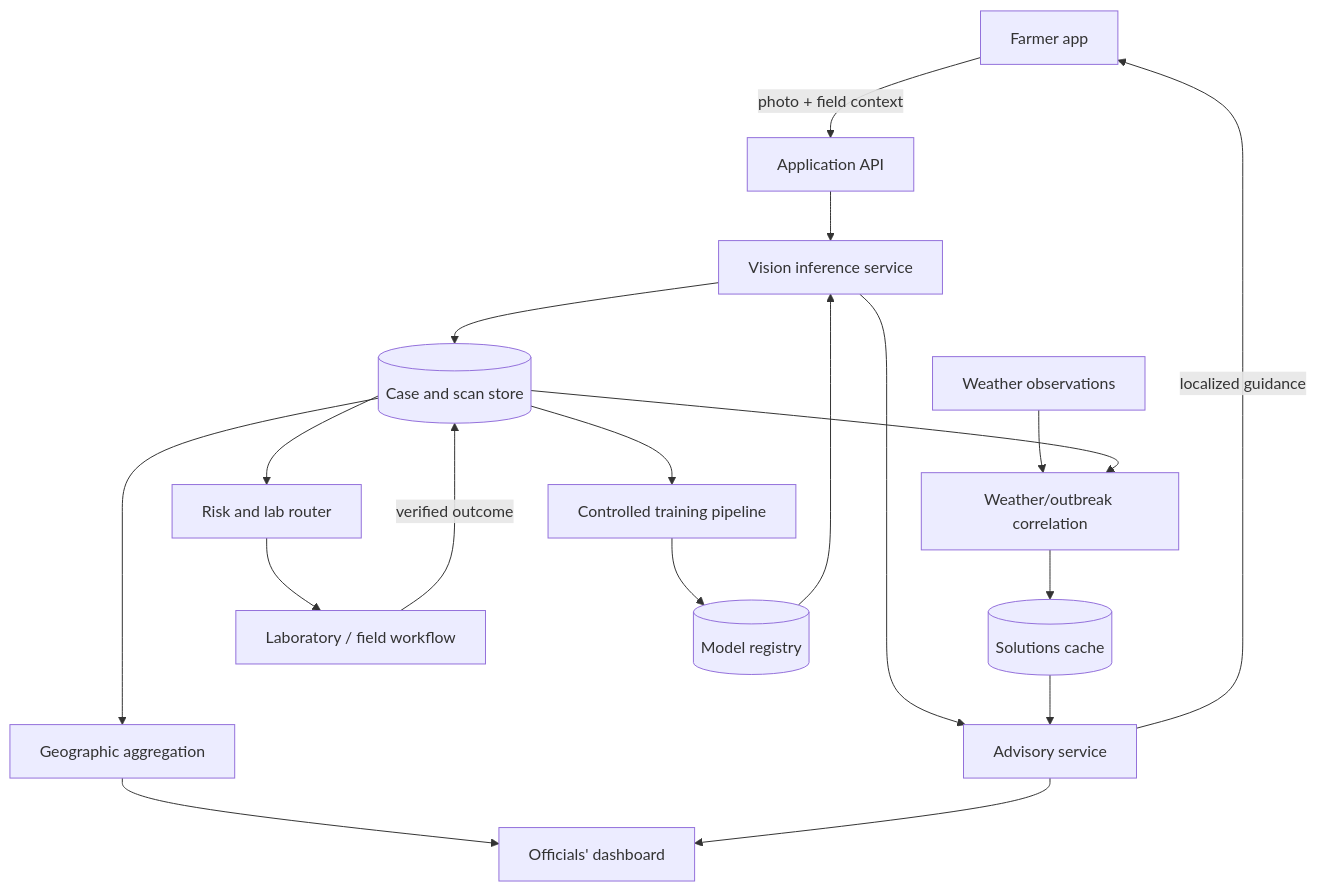
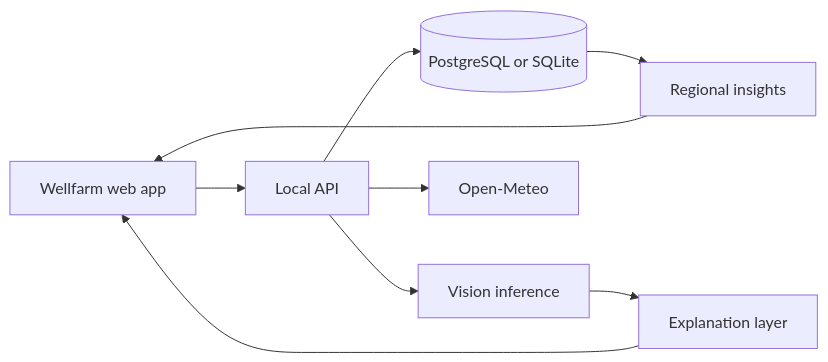
The diagram in docs/architecture.md (LordCrateis/Wellfarm), drawn with Mermaid before and after one commit. The commit also changed other lines of this file and 285 other files, not shown here.

````diff
--- a/docs/architecture.md
+++ b/docs/architecture.md
@@ -5,21 +5,11 @@
 ```mermaid
-flowchart TD
-    Farmer[Farmer app] -->|photo + field context| API[Application API]
-    API --> CV[Vision inference service]
-    CV --> Case[(Case and scan store)]
-    CV --> Advice[Advisory service]
-    Weather[Weather observations] --> Correlation[Weather/outbreak correlation]
-    Case --> Correlation
-    Correlation --> Cache[(Solutions cache)]
-    Cache --> Advice
-    Advice -->|localized guidance| Farmer
-    Case --> Aggregate[Geographic aggregation]
-    Aggregate --> Dashboard[Officials' dashboard]
-    Advice --> Dashboard
-    Case --> Router[Risk and lab router]
-    Router --> Lab[Laboratory / field workflow]
-    Lab -->|verified outcome| Case
-    Case --> Training[Controlled training pipeline]
-    Training --> Registry[(Model registry)]
-    Registry --> CV
+flowchart LR
+    Web[Wellfarm web app] --> API[Local API]
+    API --> Store[(PostgreSQL or SQLite)]
+    API --> Vision[Vision inference]
+    API --> Weather[Open-Meteo]
+    Vision --> Advice[Explanation layer]
+    Store --> Insights[Regional insights]
+    Advice --> Web
+    Insights --> Web
 ```
````
